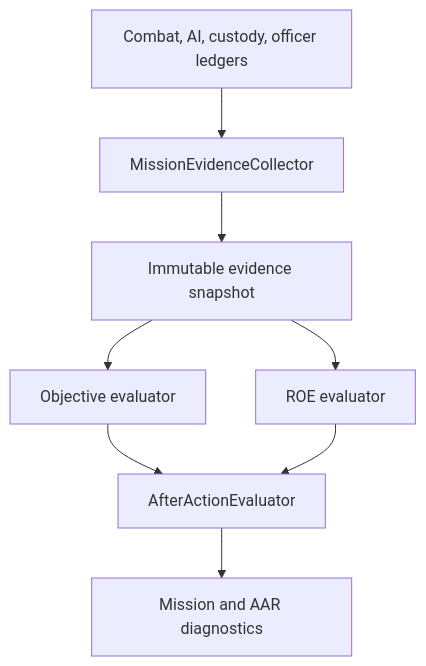
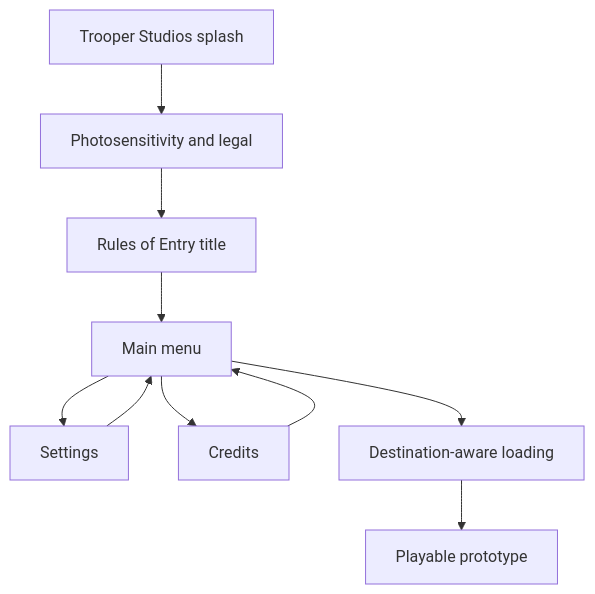
The diagram in SYSTEM_MAP.md (jaychase464-maker/RoE-v3), drawn with Mermaid before and after one commit. The commit also changed other lines of this file and 71 other files, not shown here.

````diff
--- a/SYSTEM_MAP.md
+++ b/SYSTEM_MAP.md
@@ -5,10 +5,12 @@
 ```mermaid
 flowchart TD
-    Facts[Combat, AI, custody, officer ledgers] --> Collector[MissionEvidenceCollector]
-    Collector --> Snapshot[Immutable evidence snapshot]
-    Snapshot --> Objectives[Objective evaluator]
-    Snapshot --> ROE[ROE evaluator]
-    Objectives --> Report[AfterActionEvaluator]
-    ROE --> Report
-    Report --> UI[Mission and AAR diagnostics]
+    Splash[Trooper Studios splash] --> Warning[Photosensitivity and legal]
+    Warning --> Title[Rules of Entry title]
+    Title --> Menu[Main menu]
+    Menu --> Settings[Settings]
+    Menu --> Credits[Credits]
+    Settings --> Menu
+    Credits --> Menu
+    Menu --> Loading[Destination-aware loading]
+    Loading --> Prototype[Playable prototype]
 ```
````
